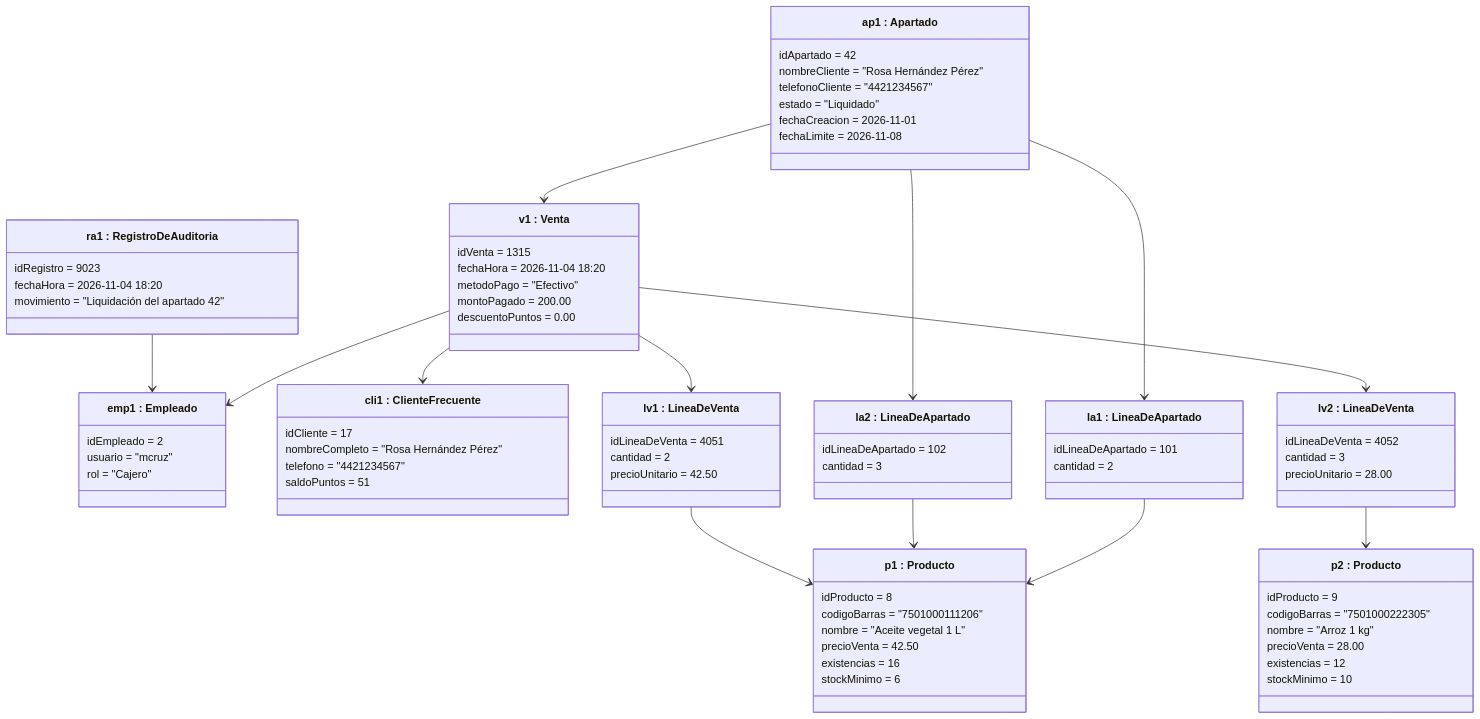
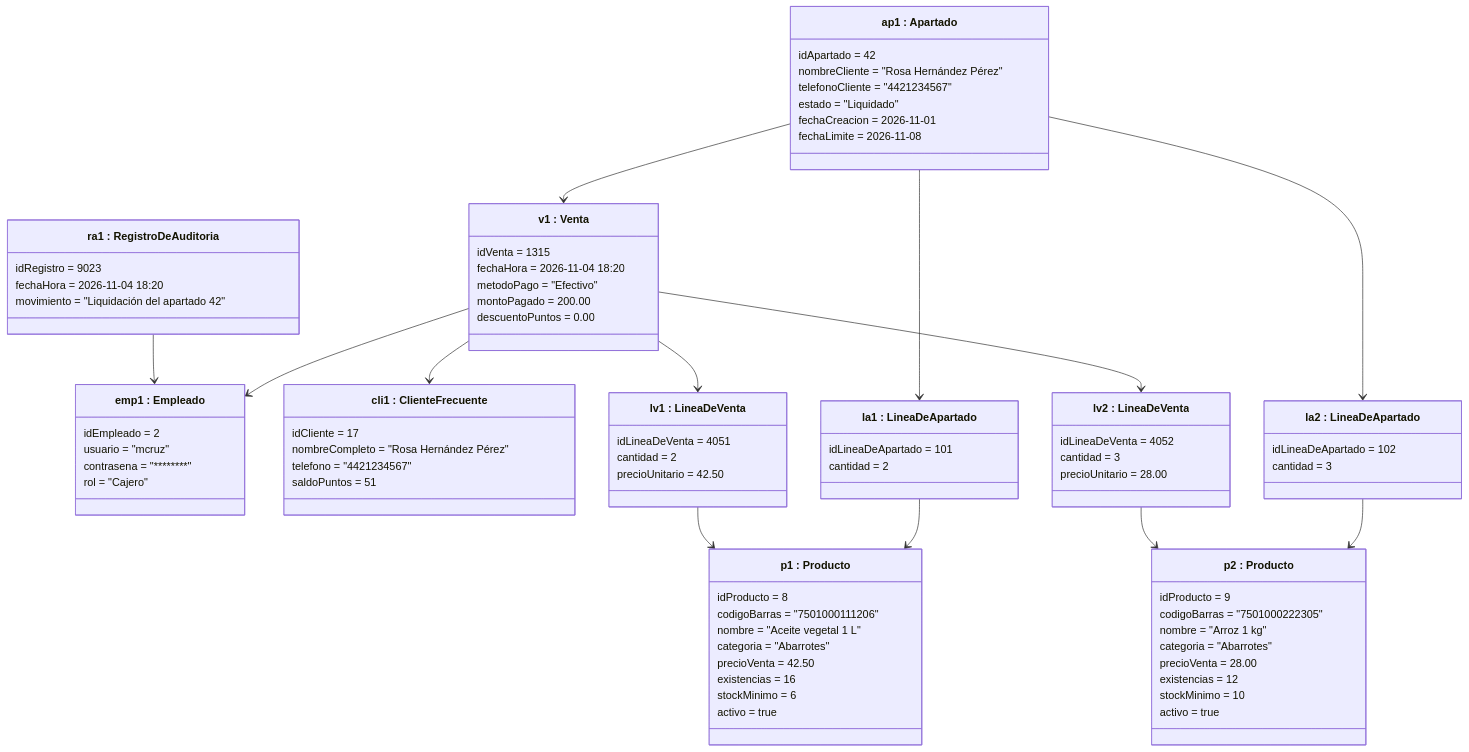
The fifth of 5 diagrams in docs/arch/Diagramas-de-arquitectura-Minimarket-Control.md (Invader395/Ingenieria-de-Software), drawn with Mermaid before and after one commit.

Commit message:
Update architecture diagram with new product details

```diff
--- a/docs/arch/Diagramas-de-arquitectura-Minimarket-Control.md
+++ b/docs/arch/Diagramas-de-arquitectura-Minimarket-Control.md
@@ -215,6 +215,7 @@
     class emp1["emp1 : Empleado"] {
         idEmpleado = 2
         usuario = "mcruz"
+        contrasena = "********"
         rol = "Cajero"
     }
     class cli1["cli1 : ClienteFrecuente"] {
@@ -260,17 +261,21 @@
         idProducto = 8
         codigoBarras = "7501000111206"
         nombre = "Aceite vegetal 1 L"
+        categoria = "Abarrotes"
         precioVenta = 42.50
         existencias = 16
         stockMinimo = 6
+        activo = true
     }
     class p2["p2 : Producto"] {
         idProducto = 9
         codigoBarras = "7501000222305"
         nombre = "Arroz 1 kg"
+        categoria = "Abarrotes"
         precioVenta = 28.00
         existencias = 12
         stockMinimo = 10
+        activo = true
     }
     class ra1["ra1 : RegistroDeAuditoria"] {
         idRegistro = 9023
@@ -281,7 +286,7 @@
     ap1 --> la1
     ap1 --> la2
     la1 --> p1
-    la2 --> p1
+    la2 --> p2
     ap1 --> v1
     v1 --> lv1
     v1 --> lv2
```
